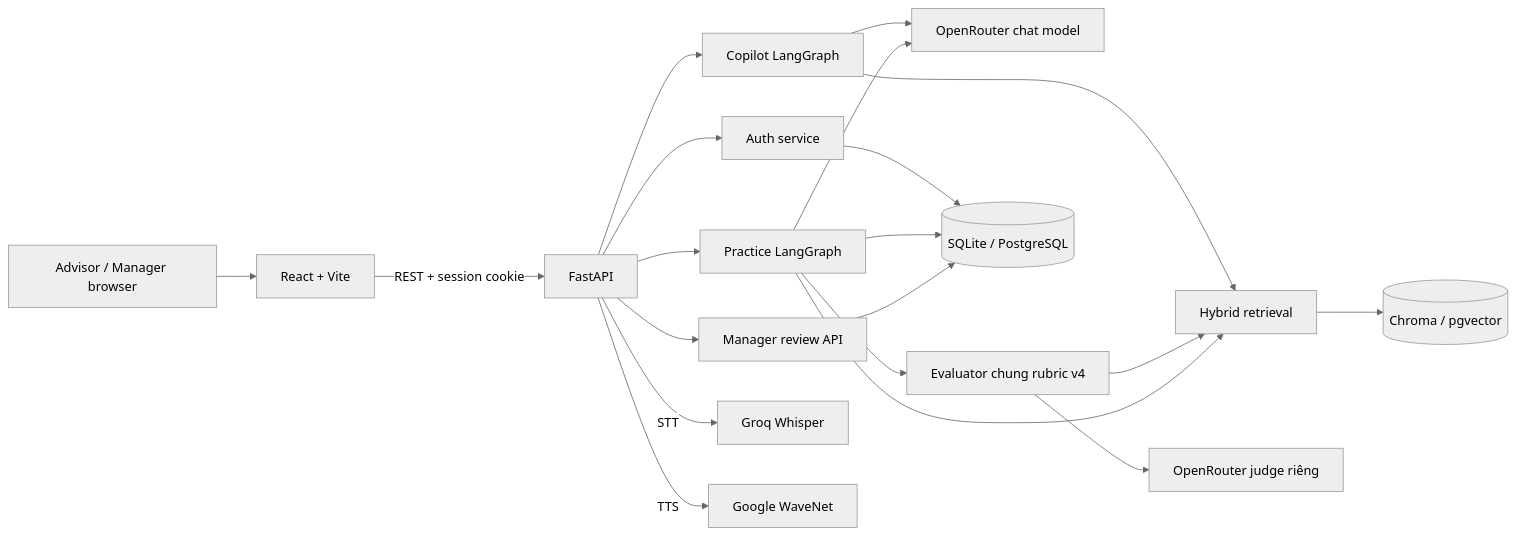
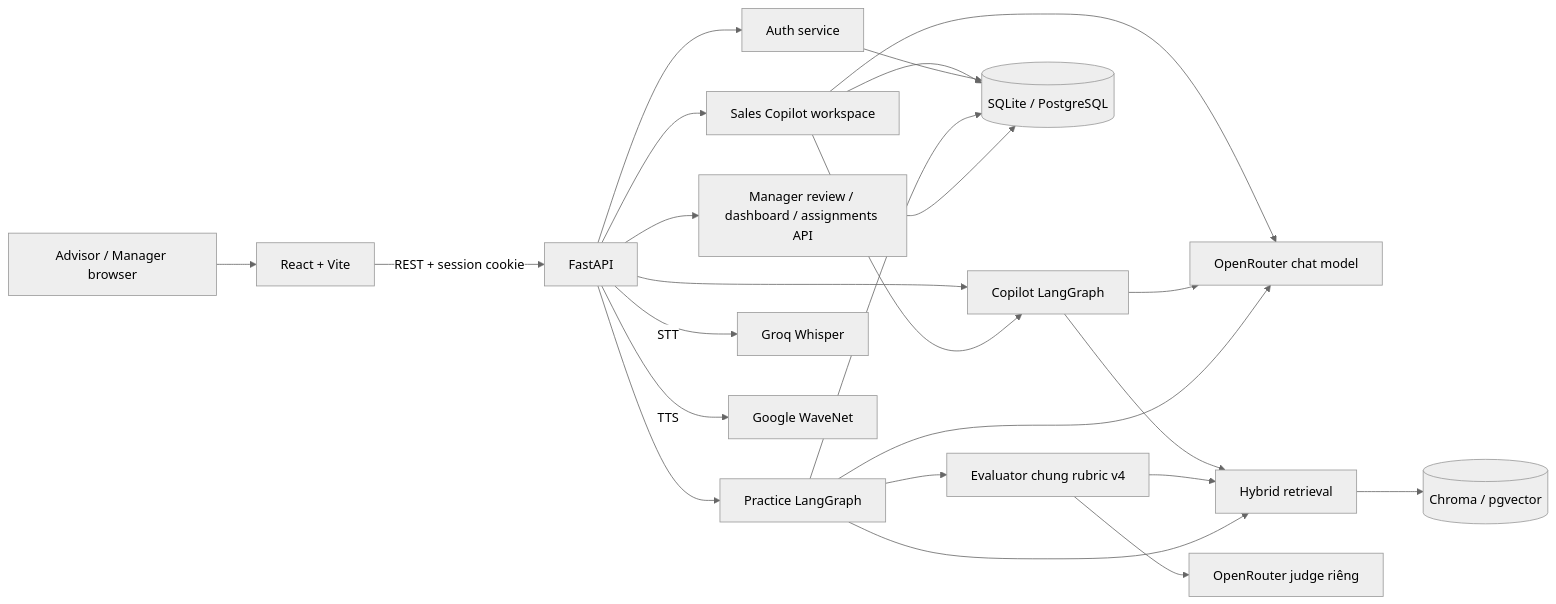
One commit to AnCoder1310/AI-Sale changed the first of 3 diagrams in ARCHITECTURE.md. Above: the diagram before and after it, drawn with Mermaid (neutral theme). The commit also changed other lines of this file and 3 other files, not shown here.

Commit message:
docs(architecture): describe full sales copilot workspace

````diff
--- a/ARCHITECTURE.md
+++ b/ARCHITECTURE.md
@@ -9,22 +9,26 @@
 ```mermaid
 flowchart LR
   A[Advisor / Manager browser] --> UI[React + Vite]
   UI -->|REST + session cookie| API[FastAPI]
   API --> AUTH[Auth service]
   API --> CP[Copilot LangGraph]
+  API --> SW[Sales Copilot workspace]
+  SW --> CP
+  SW --> LLM
+  SW --> SQL
   API --> RP[Practice LangGraph]
-  API --> REVIEW[Manager review API]
+  API --> REVIEW[Manager review / dashboard / assignments API]
   CP --> RET[Hybrid retrieval]
   RET --> VEC[(Chroma / pgvector)]
   CP --> LLM[OpenRouter chat model]
   RP --> LLM
   RP --> JUDGE[Evaluator chung rubric v4]
   JUDGE --> JM[OpenRouter judge riêng]
   JUDGE --> RET
   RP --> RET
   API -->|STT| GROQ[Groq Whisper]
   API -->|TTS| GTTS[Google WaveNet]
   AUTH --> SQL[(SQLite / PostgreSQL)]
   RP --> SQL
   REVIEW --> SQL
 ```
````
